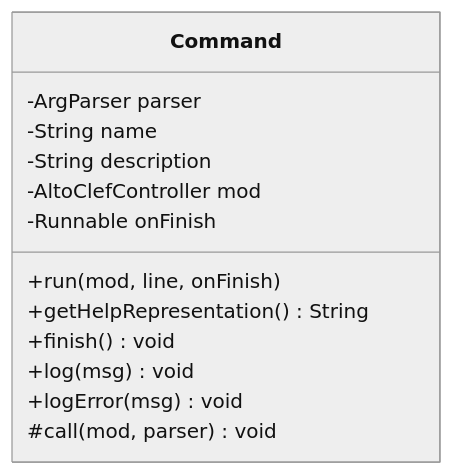
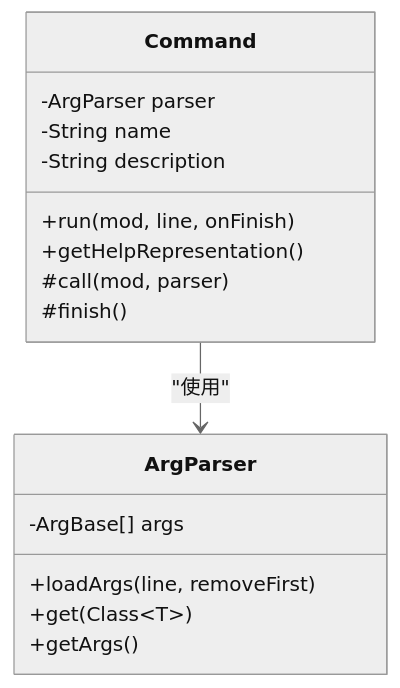
One commit to wjartpix/minecraft_ai_play2npc changed the fourth of 6 diagrams in .qoder/repowiki/zh/content/命令系统/命令系统.md. Above: the diagram before and after it, drawn with Mermaid (neutral theme). The commit also changed other lines of this file and 188 other files, not shown here.

````diff
--- a/.qoder/repowiki/zh/content/命令系统/命令系统.md
+++ b/.qoder/repowiki/zh/content/命令系统/命令系统.md
@@ -152,16 +167,19 @@
 ```mermaid
 classDiagram
 class Command {
 -ArgParser parser
 -String name
 -String description
--AltoClefController mod
--Runnable onFinish
 +run(mod, line, onFinish)
-+getHelpRepresentation() String
-+finish() void
-+log(msg) void
-+logError(msg) void
-#call(mod, parser) void
++getHelpRepresentation()
+#call(mod, parser)
+#finish()
 }
+class ArgParser {
+-ArgBase[] args
++loadArgs(line, removeFirst)
++get(Class~T~)
++getArgs()
+}
+Command --> ArgParser : "使用"
 ```
````
